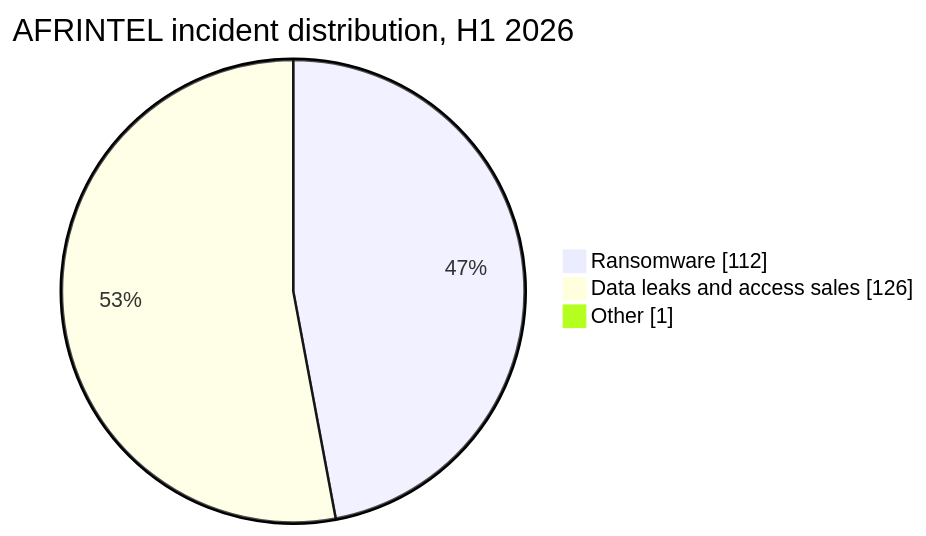
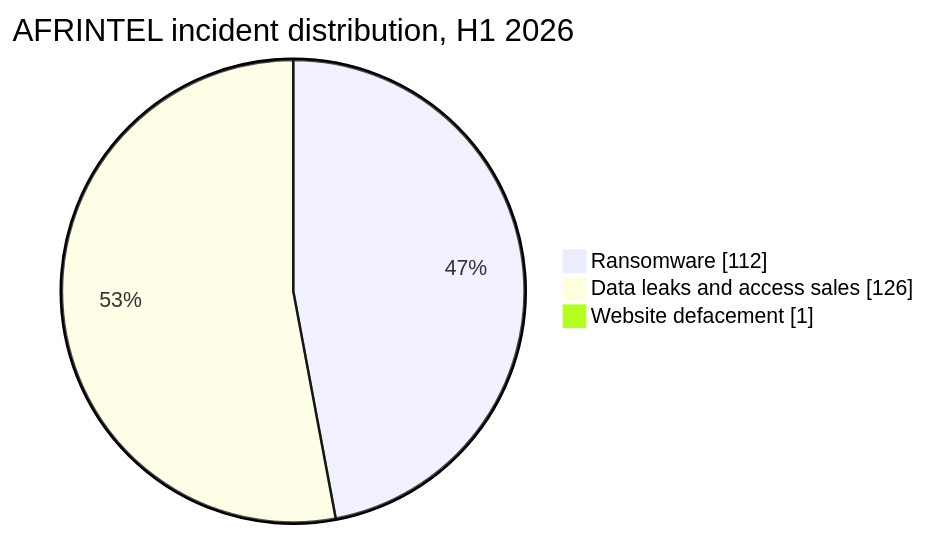
The first of 4 diagrams in CyberAttackAfrica/2026/README_H1.md (Hatchepsoute/AFRINTEL), drawn with Mermaid before and after one commit. The commit also changed other lines of this file and 39 other files, not shown here.

````diff
--- a/CyberAttackAfrica/2026/README_H1.md
+++ b/CyberAttackAfrica/2026/README_H1.md
@@ -46,7 +46,7 @@
 ```mermaid
 pie showData
     title AFRINTEL incident distribution, H1 2026
     "Ransomware" : 112
     "Data leaks and access sales" : 126
-    "Other" : 1
+    "Website defacement" : 1
 ```
````
